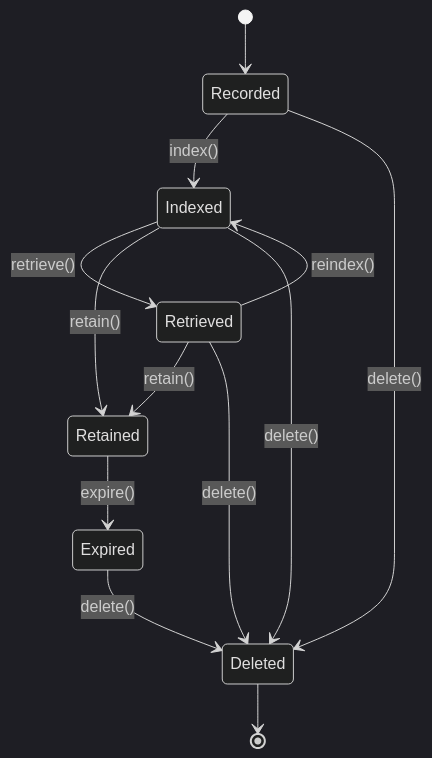
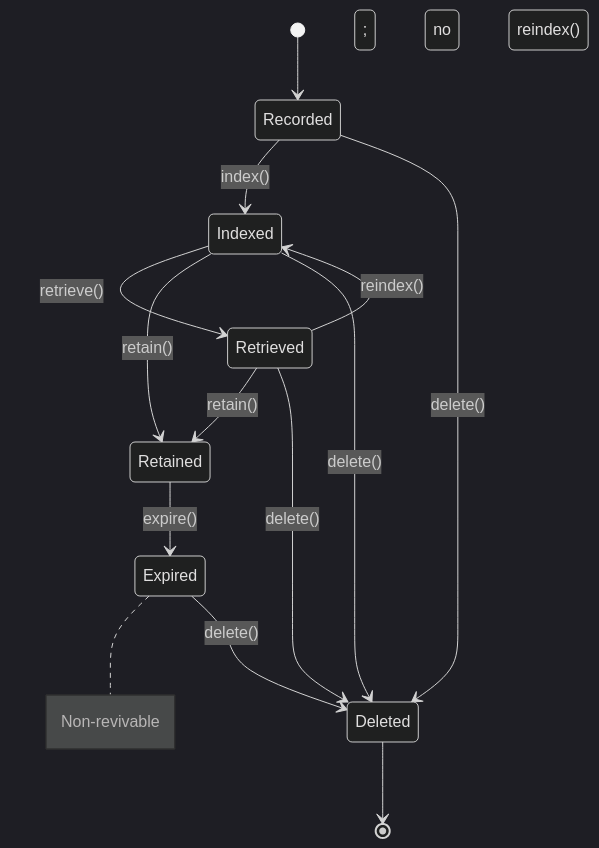
Before and after one commit to pavan53732/Nexora: the diagram in state-machines/MemoryLifecycle.md, drawn with Mermaid (dark theme). The commit also changed other lines of this file and 8 other files, not shown here.

````diff
--- a/state-machines/MemoryLifecycle.md
+++ b/state-machines/MemoryLifecycle.md
@@ -67,15 +68,16 @@
 ```mermaid
 stateDiagram-v2
     [*] --> Recorded
     Recorded --> Indexed : index()
     Indexed --> Retrieved : retrieve()
     Indexed --> Retained : retain()
     Retrieved --> Retained : retain()
     Retrieved --> Indexed : reindex()
     Retained --> Expired : expire()
+    note right of Expired : Non-revivable; no reindex()
     Expired --> Deleted : delete()
     Recorded --> Deleted : delete()
     Indexed --> Deleted : delete()
     Retrieved --> Deleted : delete()
     Deleted --> [*]
 ```
````
